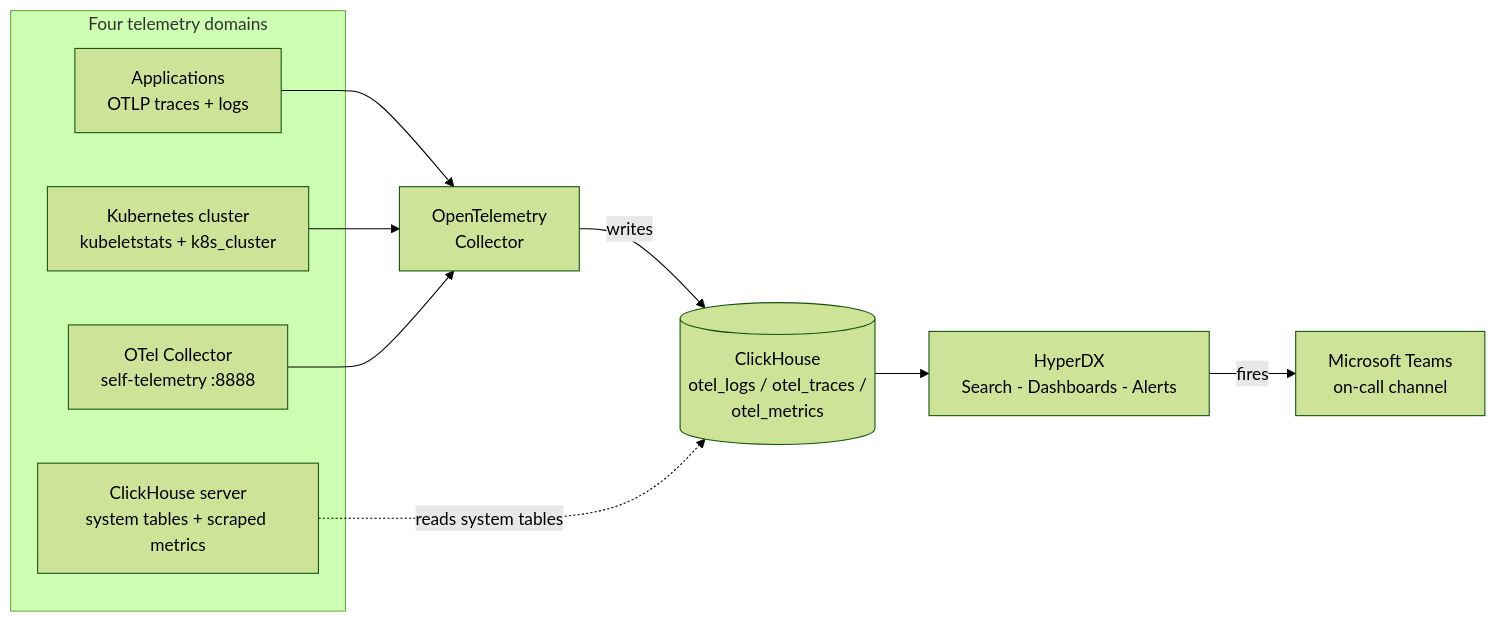
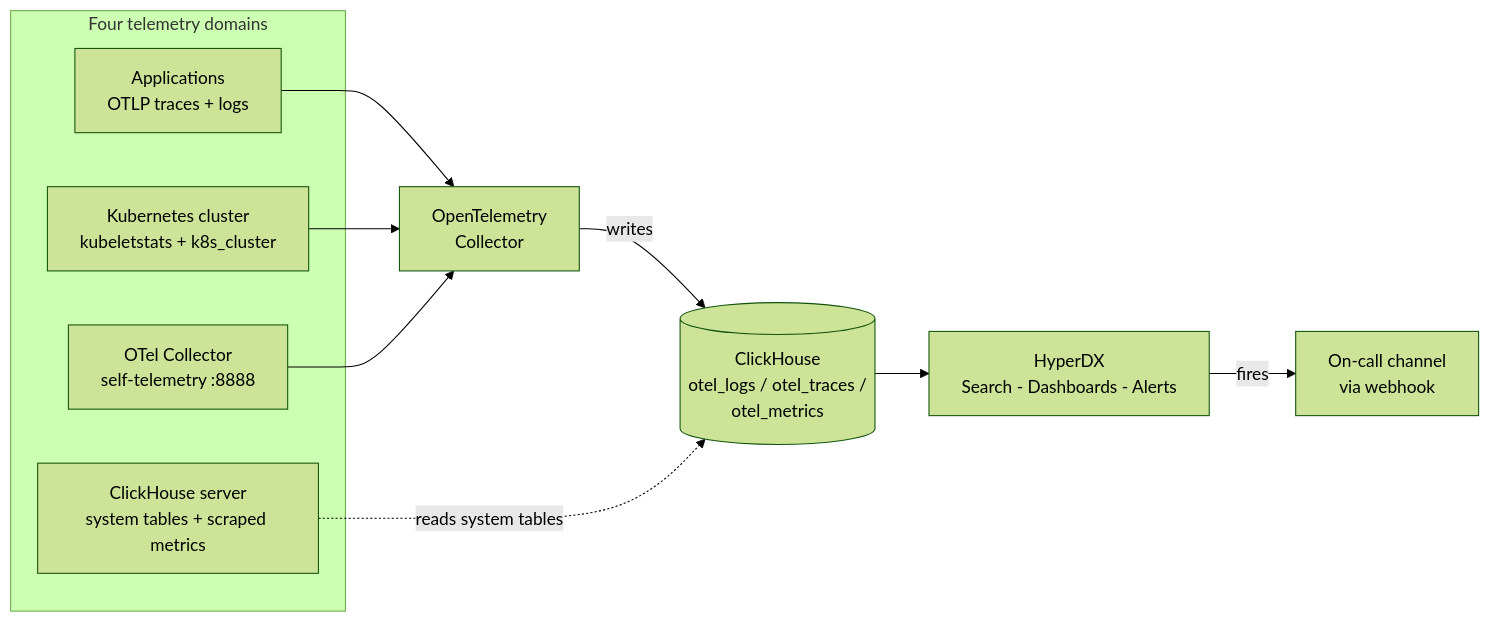
The first of 2 diagrams in hyperdx/OVERVIEW.md (Cameron-Bayer/AldoTel-HyperDX-Templates), drawn with Mermaid (forest theme) before and after one commit. The commit also changed other lines of this file and 16 other files, not shown here.

First line of the commit message:
Remove Microsoft Teams as the default alert channel; use a generic webhook

````diff
--- a/hyperdx/OVERVIEW.md
+++ b/hyperdx/OVERVIEW.md
@@ -53,16 +53,16 @@
 ```mermaid
 flowchart LR
     subgraph Domains["Four telemetry domains"]
         A["Applications<br/>OTLP traces + logs"]
         K["Kubernetes cluster<br/>kubeletstats + k8s_cluster"]
         COL["OTel Collector<br/>self-telemetry :8888"]
         CHm["ClickHouse server<br/>system tables + scraped metrics"]
     end
     A --> C["OpenTelemetry<br/>Collector"]
     K --> C
     COL --> C
     C -->|writes| CH[("ClickHouse<br/>otel_logs / otel_traces /<br/>otel_metrics")]
     CHm -.->|reads system tables| CH
     CH --> HDX["HyperDX<br/>Search - Dashboards - Alerts"]
-    HDX -->|fires| TEAMS["Microsoft Teams<br/>on-call channel"]
+    HDX -->|fires| NOTIFY["On-call channel<br/>via webhook"]
 ```
````
